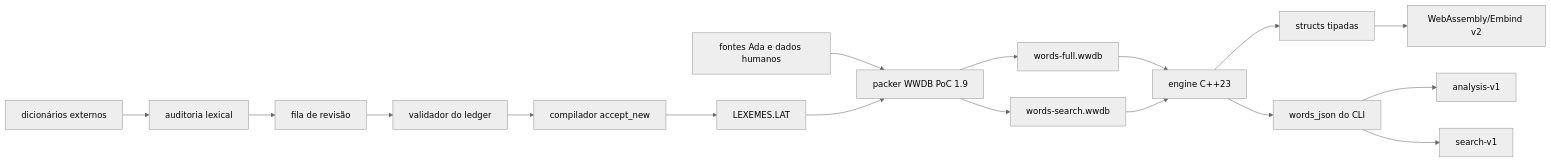
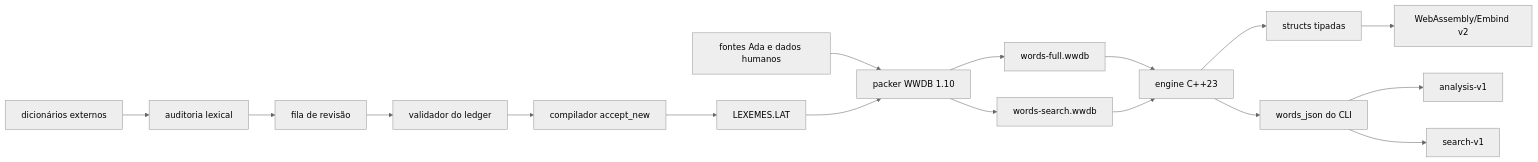
The diagram in whitakers-words/docs/estado-implementacao.md (Fabio3rs/WordsWASM), drawn with Mermaid (neutral theme) before and after one commit. The commit also changed other lines of this file and 28 other files, not shown here.

````diff
--- a/whitakers-words/docs/estado-implementacao.md
+++ b/whitakers-words/docs/estado-implementacao.md
@@ -35,20 +35,20 @@
 ```mermaid
 flowchart LR
-    A[fontes Ada e dados humanos] --> P[packer WWDB PoC 1.9]
+    A[fontes Ada e dados humanos] --> P[packer WWDB 1.10]
     P --> F[words-full.wwdb]
     P --> SDB[words-search.wwdb]
     F --> E[engine C++23]
     SDB --> E
     E --> T[structs tipadas]
     T --> W[WebAssembly/Embind v2]
     E --> PJ[words_json do CLI]
     PJ --> J1[analysis-v1]
     PJ --> J2[search-v1]
 
     X[dicionários externos] --> AU[auditoria lexical]
     AU --> Q[fila de revisão]
     Q --> V[validador do ledger]
     V --> C[compilador accept_new]
     C --> L[LEXEMES.LAT]
     L --> P
 ```
````
